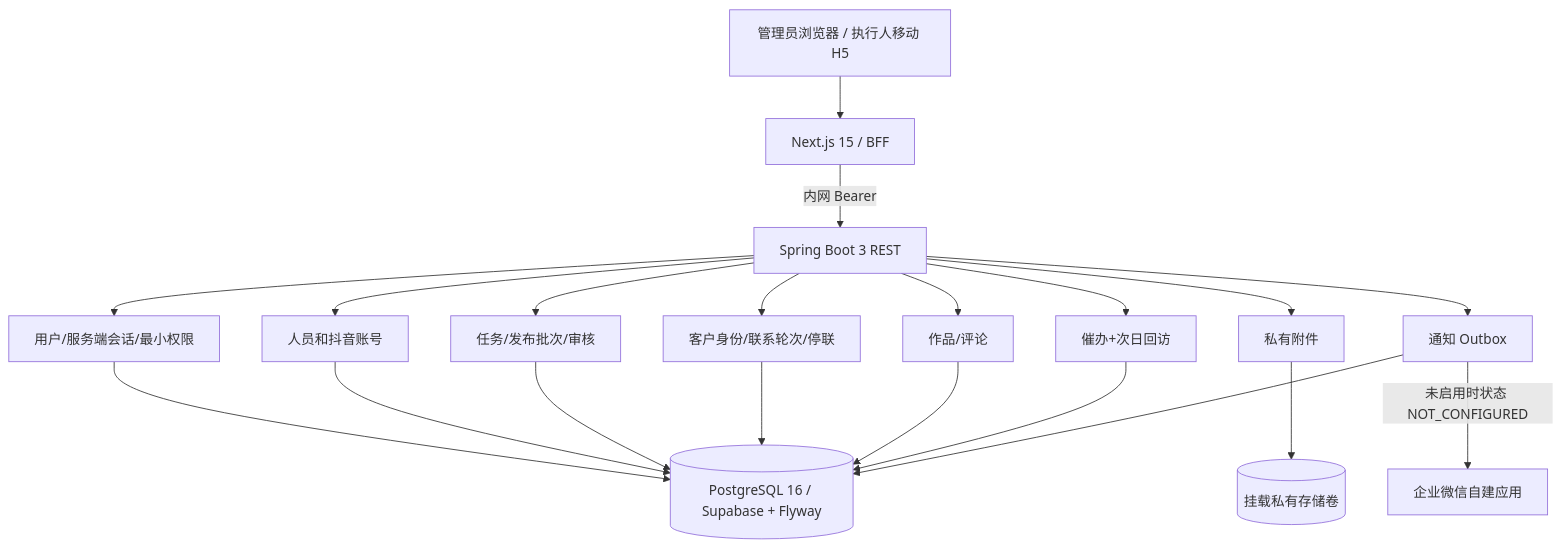
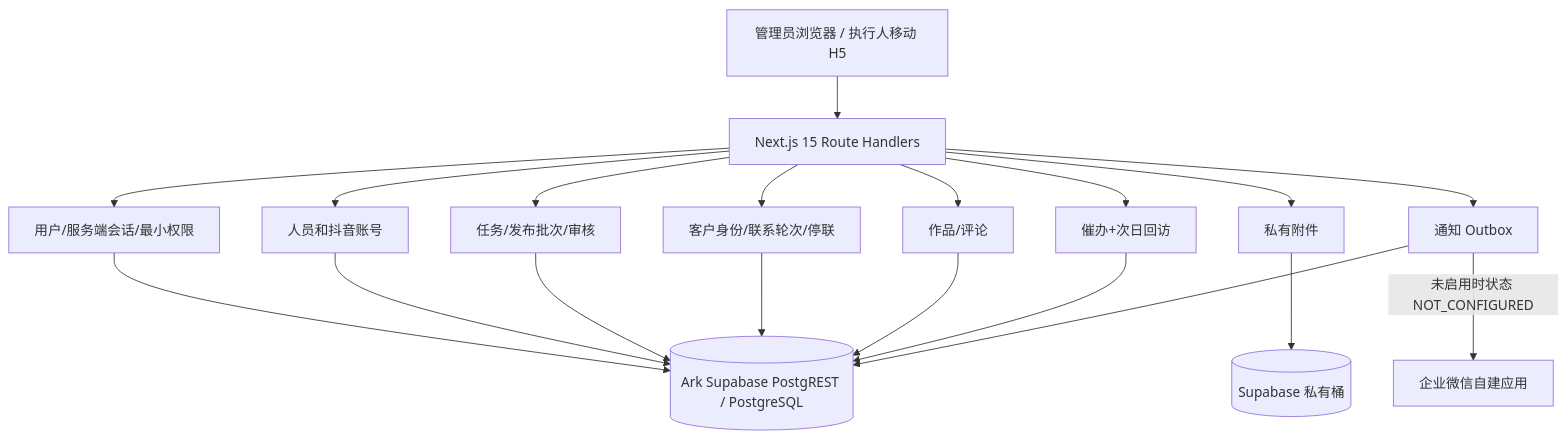
The first of 2 diagrams in docs/architecture.md (cuizhenjie/socialtask-scrm), drawn with Mermaid before and after one commit. The commit also changed other lines of this file and 142 other files, not shown here.

Commit message:
refactor: run SocialTask exclusively on Next.js and Supabase

````diff
--- a/docs/architecture.md
+++ b/docs/architecture.md
@@ -5,22 +5,21 @@
 ```mermaid
 flowchart TD
-  User[管理员浏览器 / 执行人移动 H5] --> Web[Next.js 15 / BFF]
-  Web -->|内网 Bearer| API[Spring Boot 3 REST]
-  API --> Auth[用户/服务端会话/最小权限]
-  API --> People[人员和抖音账号]
-  API --> Task[任务/发布批次/审核]
-  API --> CRM[客户身份/联系轮次/停联]
-  API --> Media[私有附件]
-  API --> Work[作品/评论]
-  API --> Scheduler[催办+次日回访]
-  API --> Outbox[通知 Outbox]
-  Auth --> DB[(PostgreSQL 16 / Supabase + Flyway)]
+  User[管理员浏览器 / 执行人移动 H5] --> Web[Next.js 15 Route Handlers]
+  Web --> Auth[用户/服务端会话/最小权限]
+  Web --> People[人员和抖音账号]
+  Web --> Task[任务/发布批次/审核]
+  Web --> CRM[客户身份/联系轮次/停联]
+  Web --> Media[私有附件]
+  Web --> Work[作品/评论]
+  Web --> Scheduler[催办+次日回访]
+  Web --> Outbox[通知 Outbox]
+  Auth --> DB[(Ark Supabase PostgREST / PostgreSQL)]
   People --> DB
   Task --> DB
   CRM --> DB
   Work --> DB
   Scheduler --> DB
   Outbox --> DB
-  Media --> PrivateStorage[(挂载私有存储卷)]
+  Media --> PrivateStorage[(Supabase 私有桶)]
   Outbox -->|未启用时状态 NOT_CONFIGURED| Wecom[企业微信自建应用]
 ```
````
